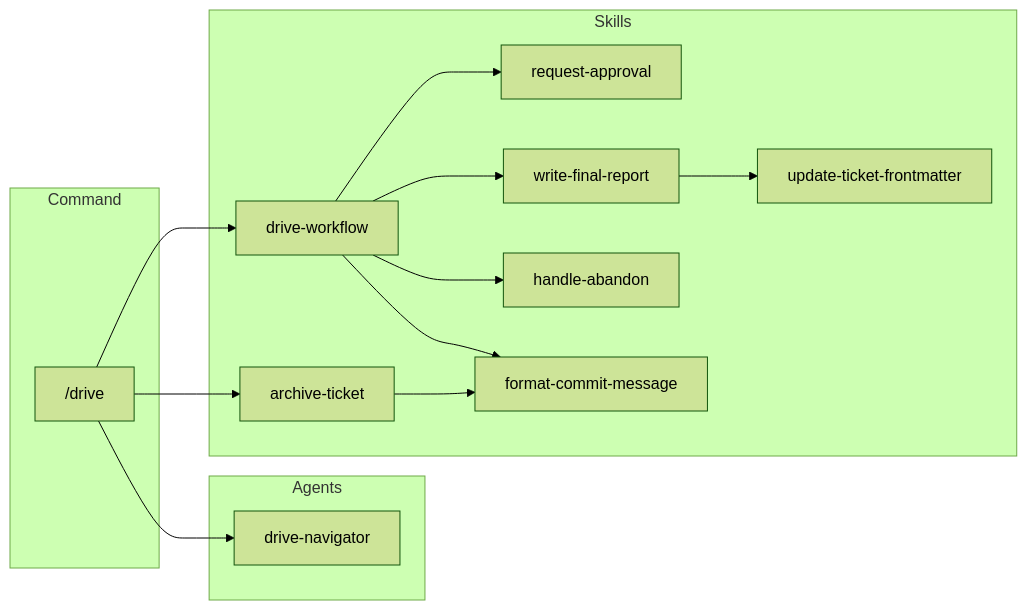
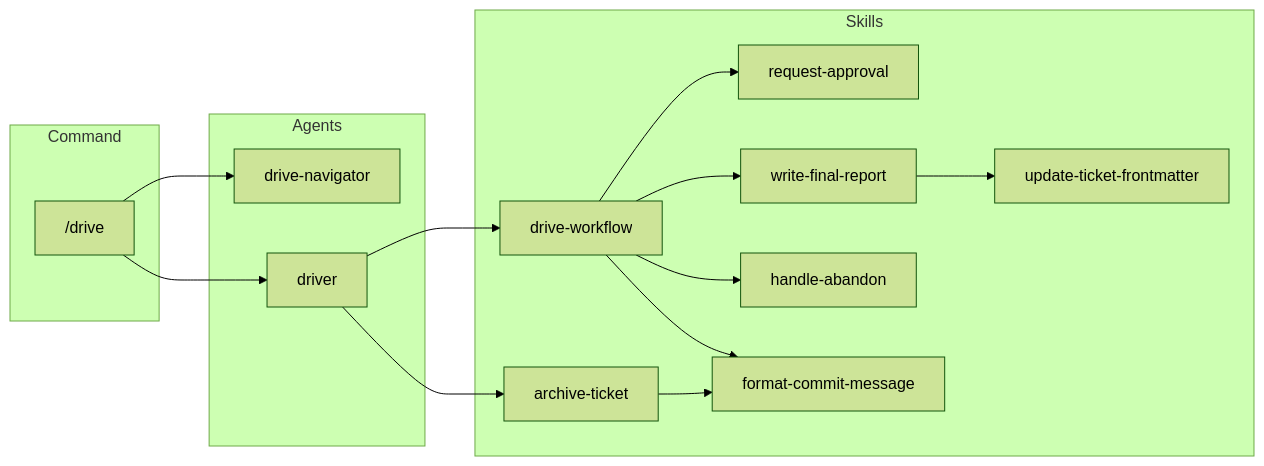
One commit to qmu/workaholic changed the third of 6 diagrams in .workaholic/specs/architecture.md. Above: the diagram before and after it, drawn with Mermaid (forest theme). The commit also changed 4 other files, not shown here.

````diff
--- a/.workaholic/specs/architecture.md
+++ b/.workaholic/specs/architecture.md
@@ -186,28 +186,31 @@
 ```mermaid
 flowchart LR
     subgraph Command
         drive["/drive"]
     end
 
     subgraph Agents
         dn[drive-navigator]
+        dr[driver]
     end
 
     subgraph Skills
         dw[drive-workflow]
         at[archive-ticket]
         ra[request-approval]
         wfr[write-final-report]
         ha[handle-abandon]
         fcm[format-commit-message]
         utf[update-ticket-frontmatter]
     end
 
     drive --> dn
-    drive --> dw & at
+    drive --> dr
+
+    dr --> dw & at
 
     %% Skill-to-skill
     dw --> ra & wfr & ha & fcm
     at --> fcm
     wfr --> utf
 ```
````
